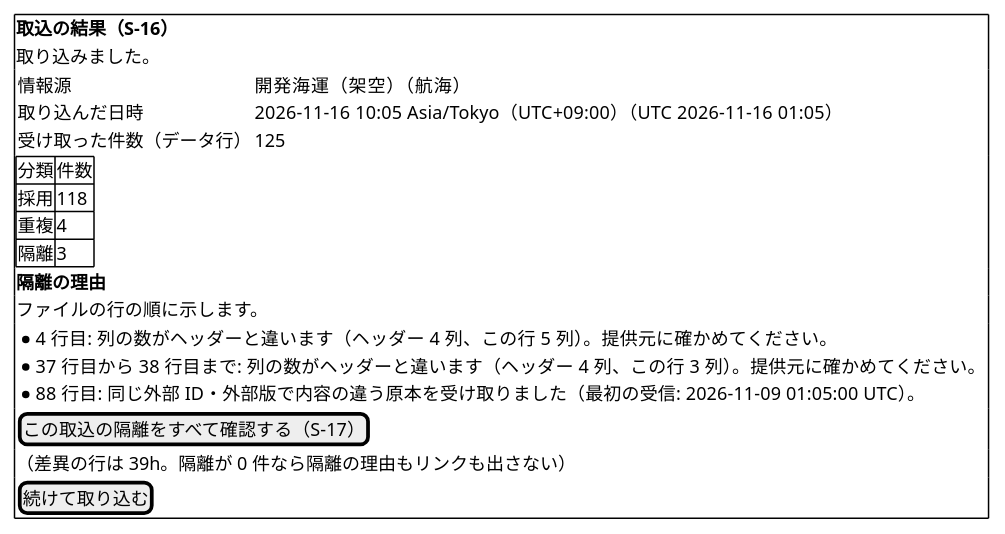
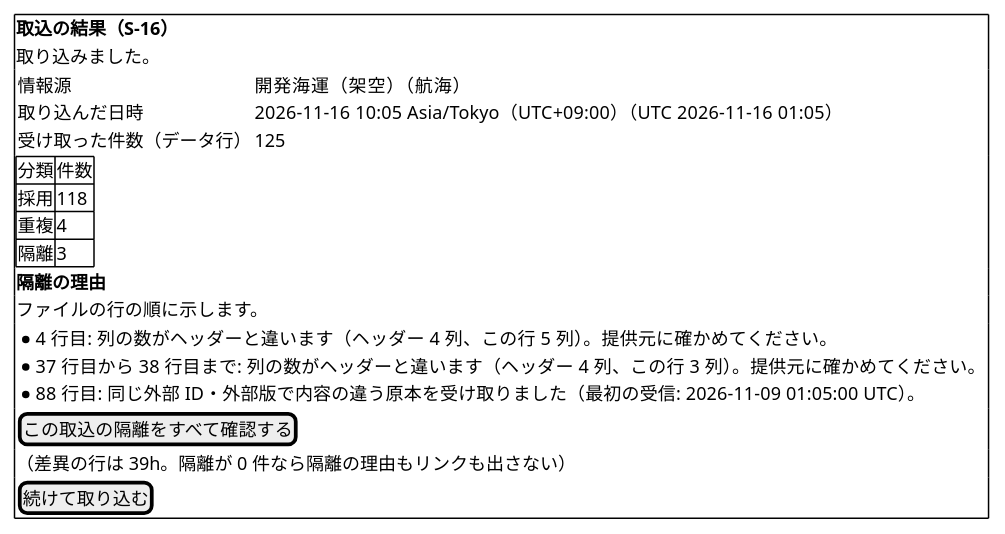
Diagram 52 of 55 in docs/design/cargo-tracker/ui_design.md (k2works/practical-domain-driven-design-in-enterpris-application), drawn with PlantUML before and after one commit. The commit also changed other lines of this file and 13 other files, not shown here.

````diff
--- a/docs/design/cargo-tracker/ui_design.md
+++ b/docs/design/cargo-tracker/ui_design.md
@@ -1861,29 +1861,29 @@
 ```plantuml
 @startsalt
 {+
   <b>取込の結果（S-16）
   取り込みました。
   {
     情報源 | 開発海運（架空）（航海）
     取り込んだ日時 | 2026-11-16 10:05 Asia/Tokyo（UTC+09:00）（UTC 2026-11-16 01:05）
     受け取った件数（データ行） | 125
   }
   {#
     分類 | 件数
     採用 | 118
     重複 | 4
     隔離 | 3
   }
   <b>隔離の理由
   ファイルの行の順に示します。
   {
     * 4 行目: 列の数がヘッダーと違います（ヘッダー 4 列、この行 5 列）。提供元に確かめてください。
     * 37 行目から 38 行目まで: 列の数がヘッダーと違います（ヘッダー 4 列、この行 3 列）。提供元に確かめてください。
     * 88 行目: 同じ外部 ID・外部版で内容の違う原本を受け取りました（最初の受信: 2026-11-09 01:05:00 UTC）。
   }
-  [ この取込の隔離をすべて確認する（S-17） ]
+  [ この取込の隔離をすべて確認する ]
   （差異の行は 39h。隔離が 0 件なら隔離の理由もリンクも出さない）
   [ 続けて取り込む ]
 }
 @endsalt
 ```
````
